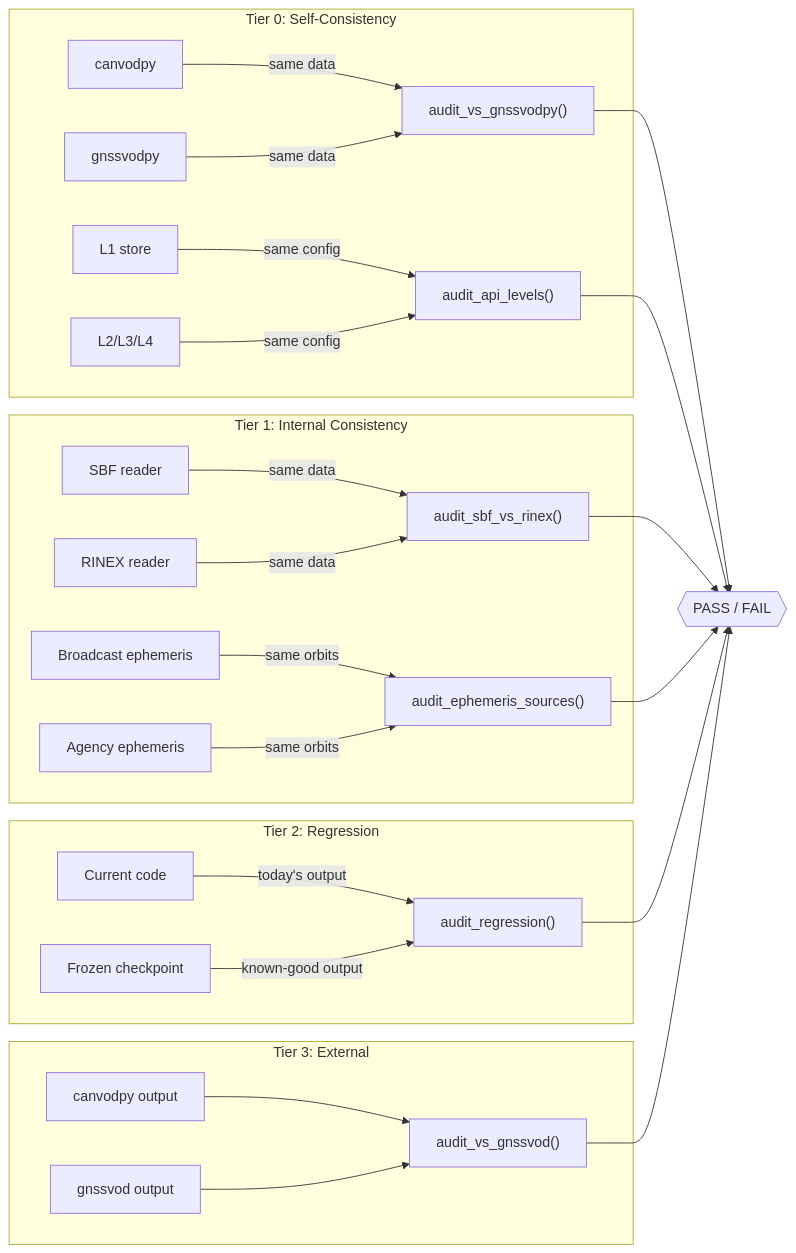
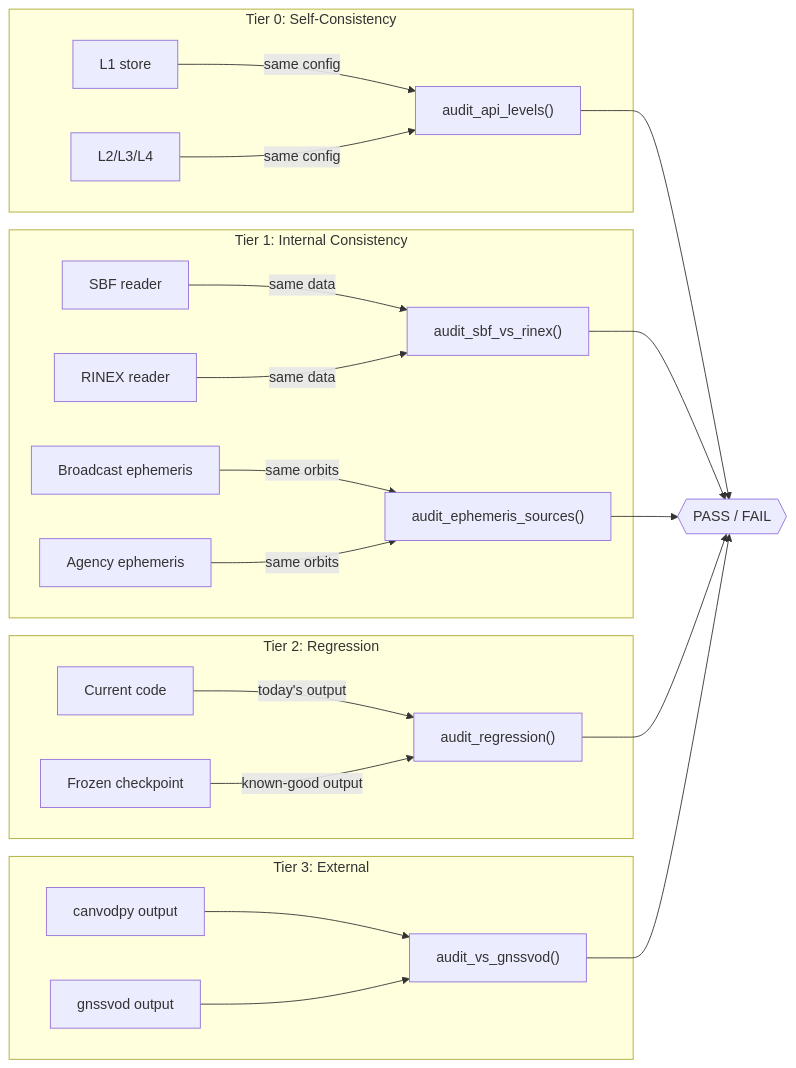
The diagram in docs/packages/audit/overview.md (konstantinschellenberg/canvodpy), drawn with Mermaid before and after one commit. The commit also changed other lines of this file and 27 other files, not shown here.

First line of the commit message:
refactor(audit): remove Tier 0 gnssvodpy runner; update docs

````diff
--- a/docs/packages/audit/overview.md
+++ b/docs/packages/audit/overview.md
@@ -26,33 +26,30 @@
 ```mermaid
 graph LR
     subgraph "Tier 0: Self-Consistency"
-        A0["canvodpy"] -->|same data| C0["audit_vs_gnssvodpy()"]
-        B0["gnssvodpy"] -->|same data| C0
         D0["L1 store"] -->|same config| E0["audit_api_levels()"]
         F0["L2/L3/L4"] -->|same config| E0
     end
 
     subgraph "Tier 1: Internal Consistency"
         A["SBF reader"] -->|same data| C["audit_sbf_vs_rinex()"]
         B["RINEX reader"] -->|same data| C
         D["Broadcast ephemeris"] -->|same orbits| E["audit_ephemeris_sources()"]
         F["Agency ephemeris"] -->|same orbits| E
     end
 
     subgraph "Tier 2: Regression"
         G["Current code"] -->|today's output| H["audit_regression()"]
         I["Frozen checkpoint"] -->|known-good output| H
     end
 
     subgraph "Tier 3: External"
         J["canvodpy output"] --> K["audit_vs_gnssvod()"]
         L["gnssvod output"] --> K
     end
 
-    C0 --> M{{"PASS / FAIL"}}
-    E0 --> M
+    E0 --> M{{"PASS / FAIL"}}
     C --> M
     E --> M
     H --> M
     K --> M
 ```
````
